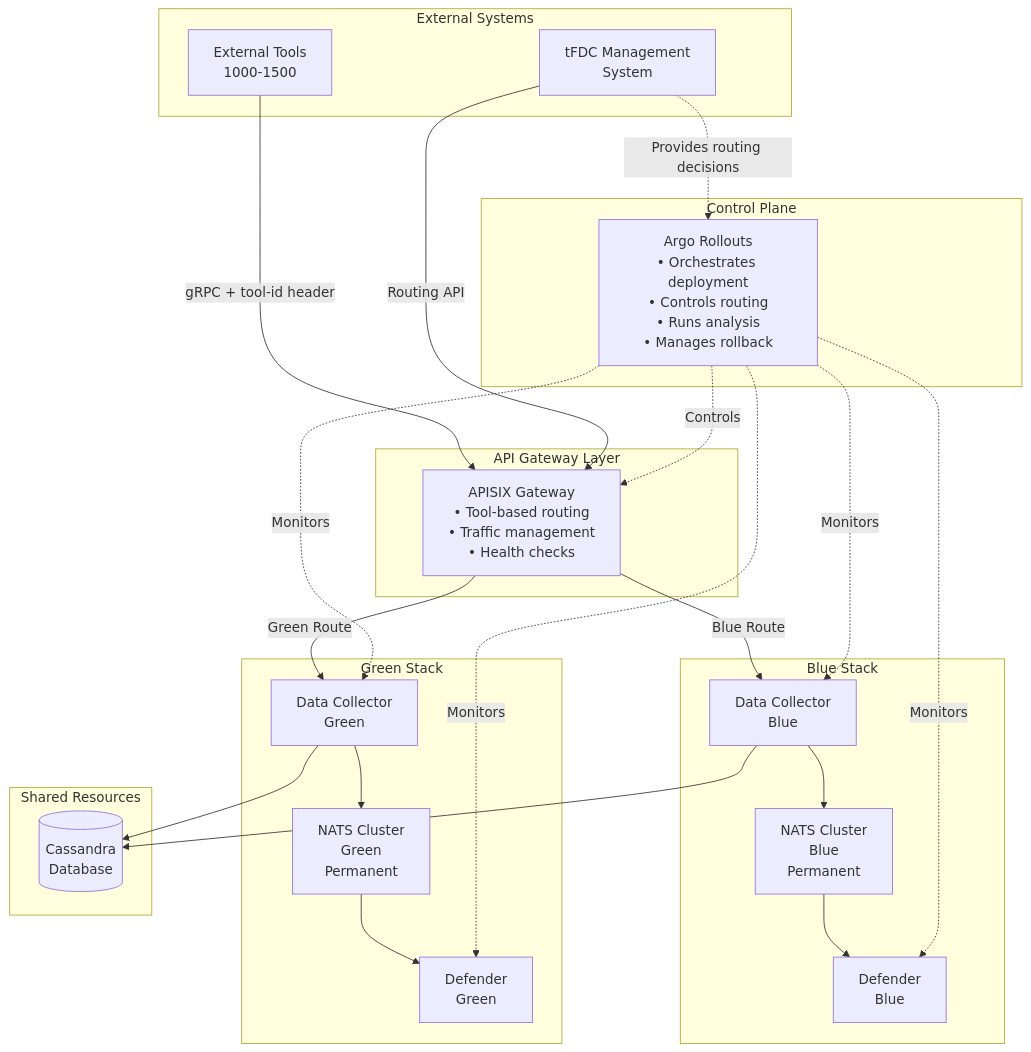
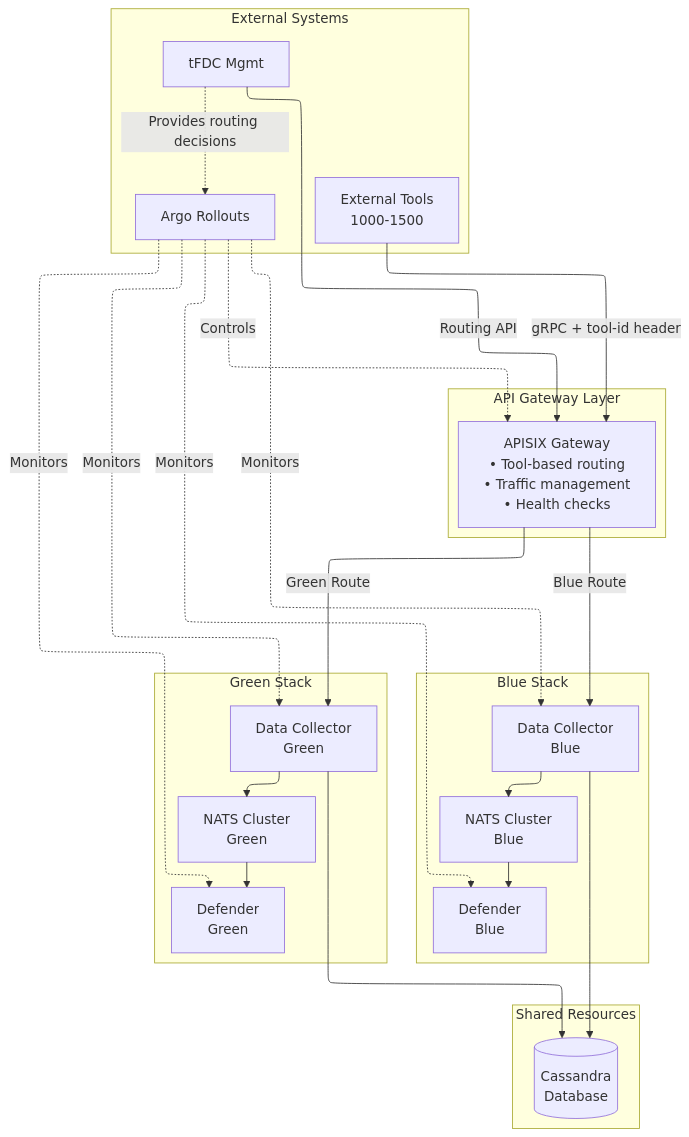
Before and after one commit to arloliu/parti: the first of 9 diagrams in docs/design/07-deployment/deployment_strategy.md, drawn with Mermaid. The commit also changed other lines of this file and 11 other files, not shown here.

````diff
--- a/docs/design/07-deployment/deployment_strategy.md
+++ b/docs/design/07-deployment/deployment_strategy.md
@@ -86,54 +86,55 @@
 ```mermaid
+---
+config:
+    layout: elk
+---
 graph TB
     subgraph "External Systems"
         Tools[External Tools<br/>1000-1500]
-        Management[tFDC Management<br/>System]
+        Management[tFDC Mgmt]
+        Argo[Argo Rollouts]
     end
 
     subgraph "API Gateway Layer"
         APISIX[APISIX Gateway<br/>• Tool-based routing<br/>• Traffic management<br/>• Health checks]
     end
 
     subgraph "Blue Stack"
         DC_Blue[Data Collector<br/>Blue]
-        NATS_Blue[NATS Cluster<br/>Blue<br/>Permanent]
+        NATS_Blue[NATS Cluster<br/>Blue]
         Defender_Blue[Defender<br/>Blue]
     end
 
     subgraph "Green Stack"
         DC_Green[Data Collector<br/>Green]
-        NATS_Green[NATS Cluster<br/>Green<br/>Permanent]
+        NATS_Green[NATS Cluster<br/>Green]
         Defender_Green[Defender<br/>Green]
     end
 
     subgraph "Shared Resources"
         Cassandra[(Cassandra<br/>Database)]
-    end
-
-    subgraph "Control Plane"
-        Argo[Argo Rollouts<br/>• Orchestrates deployment<br/>• Controls routing<br/>• Runs analysis<br/>• Manages rollback]
     end
 
     Tools -->|gRPC + tool-id header| APISIX
     Management -->|Routing API| APISIX
 
     APISIX -->|Blue Route| DC_Blue
     APISIX -->|Green Route| DC_Green
 
     DC_Blue --> NATS_Blue
     DC_Green --> NATS_Green
 
     DC_Blue --> Cassandra
     DC_Green --> Cassandra
 
     NATS_Blue --> Defender_Blue
     NATS_Green --> Defender_Green
 
     Argo -.->|Controls| APISIX
     Argo -.->|Monitors| DC_Blue
     Argo -.->|Monitors| DC_Green
     Argo -.->|Monitors| Defender_Blue
     Argo -.->|Monitors| Defender_Green
 
     Management -.->|Provides routing decisions| Argo
 ```
````
